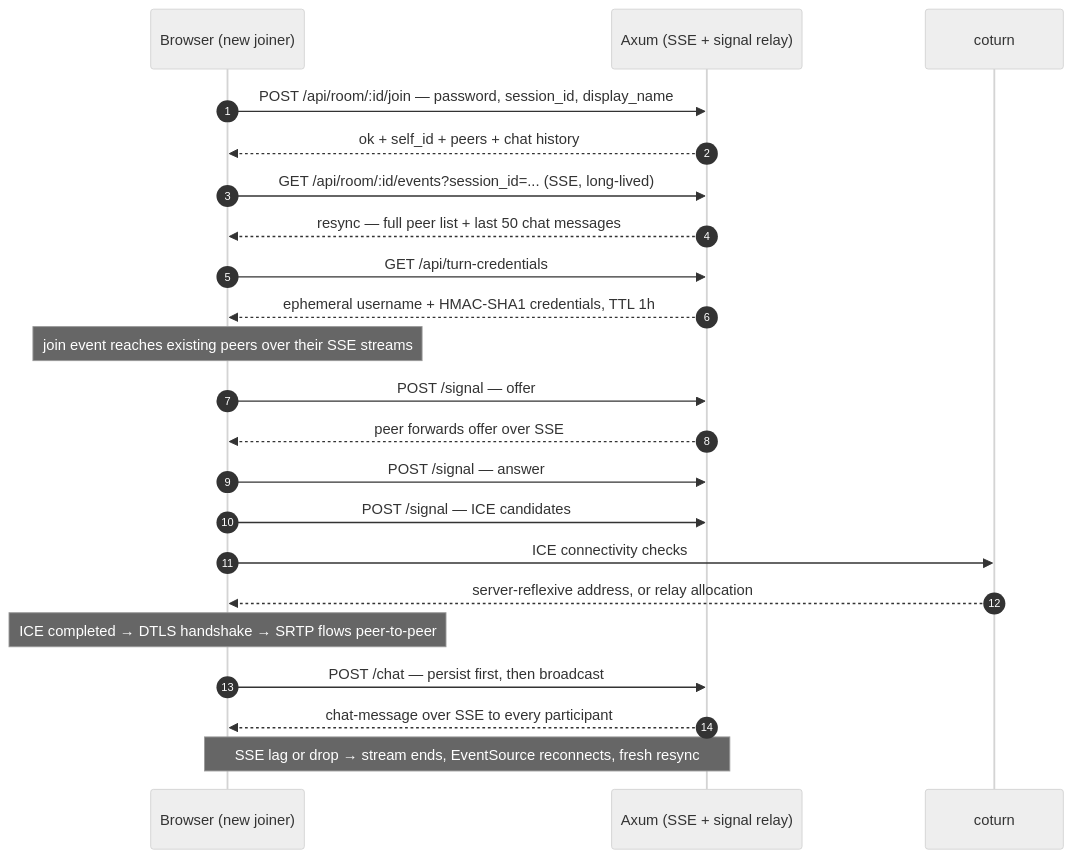
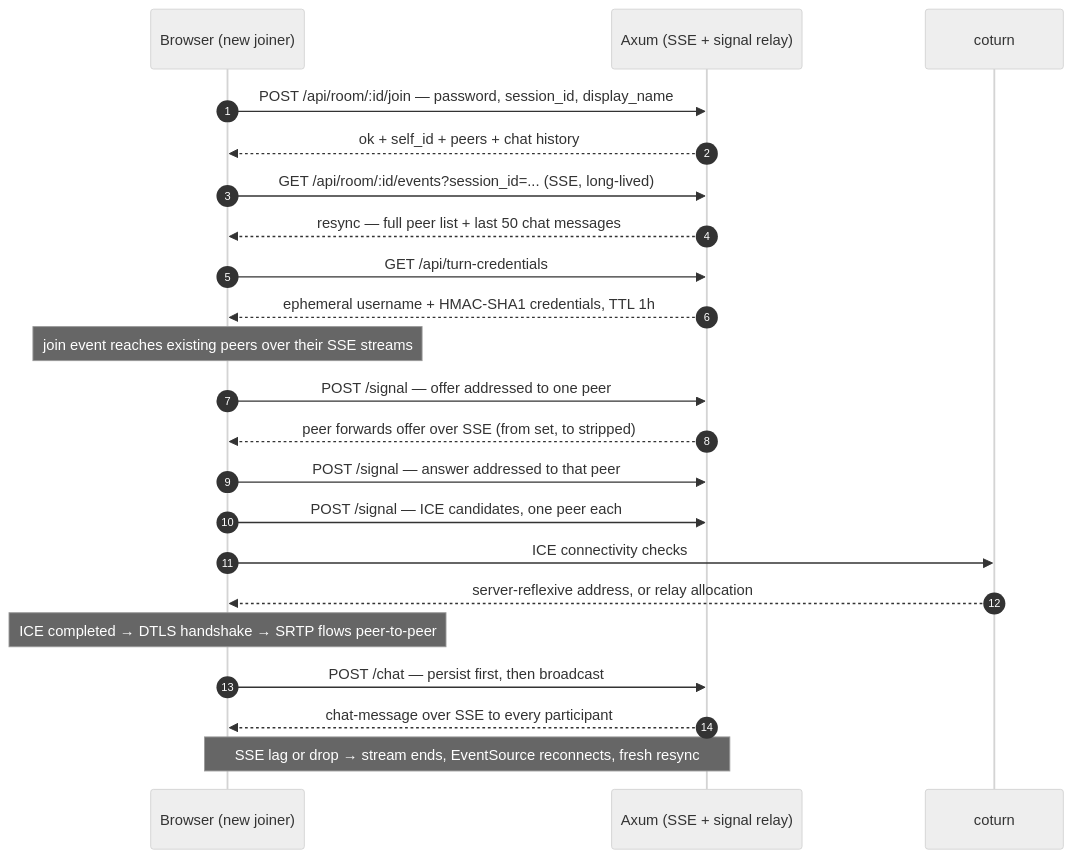
Before and after one commit to druppy/pico-rtc: the second of 2 diagrams in README.md, drawn with Mermaid (neutral theme). The commit also changed other lines of this file and 7 other files, not shown here.

````diff
--- a/README.md
+++ b/README.md
@@ -101,31 +101,31 @@
 ```mermaid
 sequenceDiagram
     autonumber
     participant B as Browser (new joiner)
     participant A as Axum (SSE + signal relay)
     participant T as coturn
 
     B->>A: POST /api/room/:id/join — password, session_id, display_name
     A-->>B: ok + self_id + peers + chat history
     B->>A: GET /api/room/:id/events?session_id=... (SSE, long-lived)
     A-->>B: resync — full peer list + last 50 chat messages
     B->>A: GET /api/turn-credentials
     A-->>B: ephemeral username + HMAC-SHA1 credentials, TTL 1h
 
     Note over B: join event reaches existing peers over their SSE streams
 
-    B->>A: POST /signal — offer
-    A-->>B: peer forwards offer over SSE
-    B->>A: POST /signal — answer
-    B->>A: POST /signal — ICE candidates
+    B->>A: POST /signal — offer addressed to one peer
+    A-->>B: peer forwards offer over SSE (from set, to stripped)
+    B->>A: POST /signal — answer addressed to that peer
+    B->>A: POST /signal — ICE candidates, one peer each
 
     B->>T: ICE connectivity checks
     T-->>B: server-reflexive address, or relay allocation
 
     Note over B: ICE completed → DTLS handshake → SRTP flows peer-to-peer
 
     B->>A: POST /chat — persist first, then broadcast
     A-->>B: chat-message over SSE to every participant
 
     Note over A,B: SSE lag or drop → stream ends, EventSource reconnects, fresh resync
 ```
````
